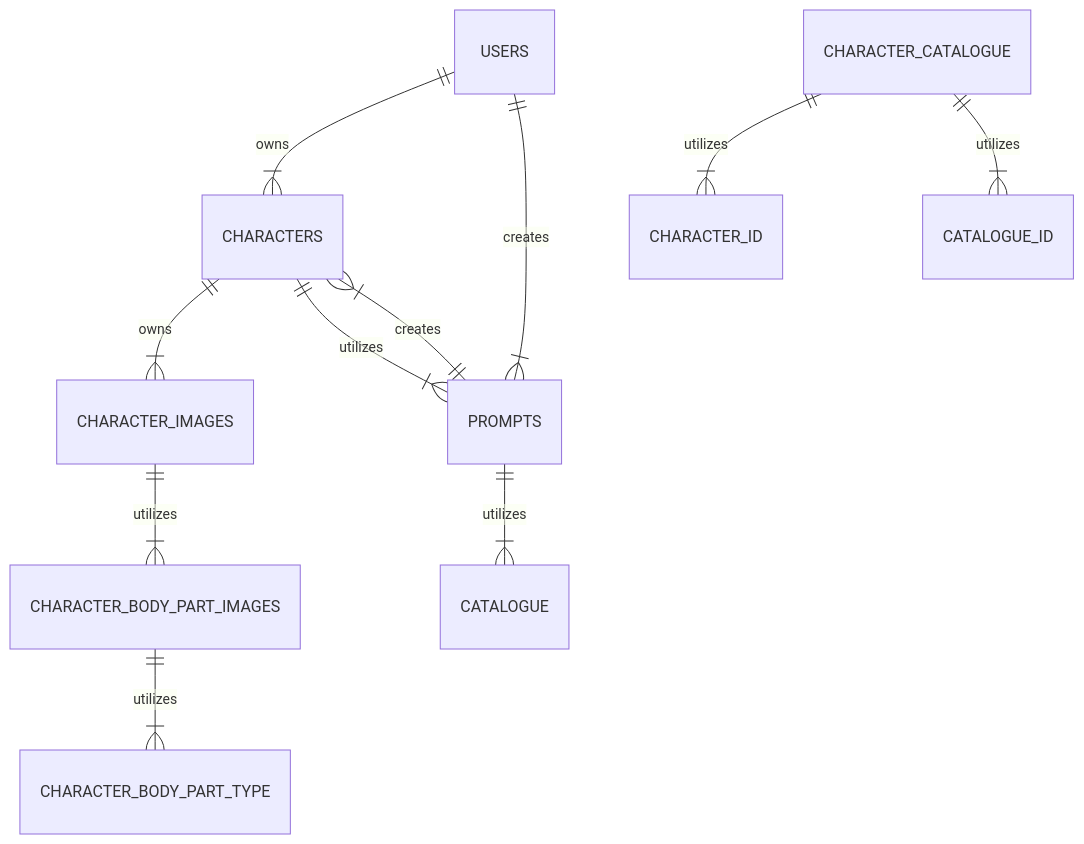
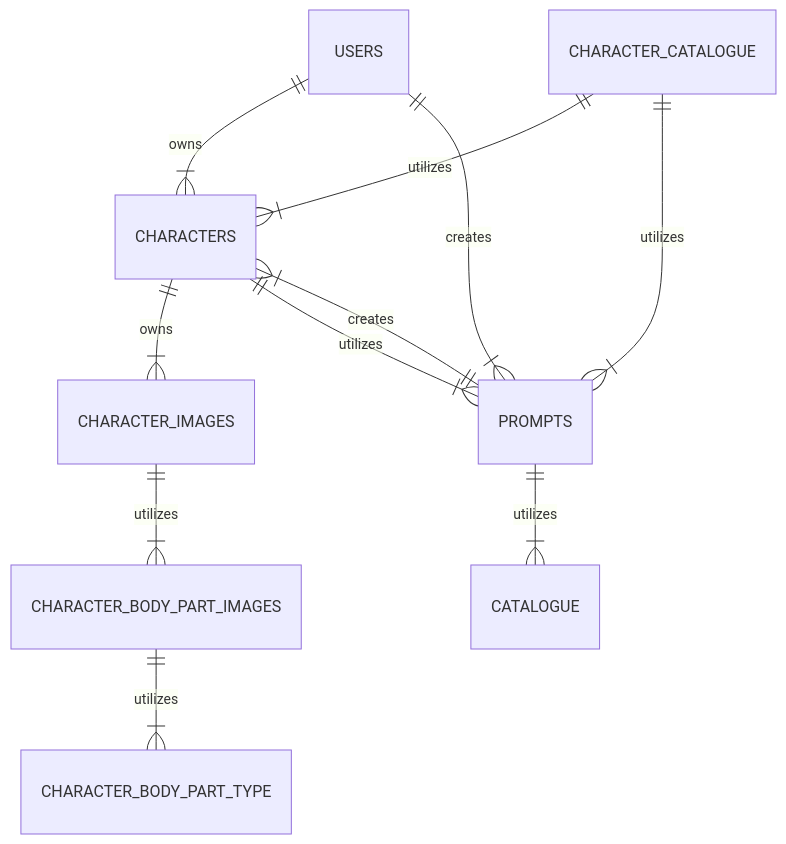
The first of 2 diagrams in README.md (Wren00/create-an-orc), drawn with Mermaid before and after one commit. The commit also changed other lines of this file, not shown here.

````diff
--- a/README.md
+++ b/README.md
@@ -49,13 +49,13 @@
 ```mermaid
 erDiagram
 USERS ||--|{ CHARACTERS : owns
 USERS ||--|{ PROMPTS : creates
 CHARACTERS ||--|{ CHARACTER_IMAGES : owns
 CHARACTERS ||--|{ PROMPTS : utilizes
 CHARACTER_IMAGES ||--|{ CHARACTER_BODY_PART_IMAGES : utilizes
 CHARACTER_BODY_PART_IMAGES ||--|{ CHARACTER_BODY_PART_TYPE : utilizes
-CHARACTER_CATALOGUE ||--|{ CHARACTER_ID : utilizes
-CHARACTER_CATALOGUE ||--|{ CATALOGUE_ID : utilizes
+CHARACTER_CATALOGUE ||--|{ CHARACTERS : utilizes
+CHARACTER_CATALOGUE ||--|{ PROMPTS : utilizes
 PROMPTS ||--|{ CATALOGUE : utilizes
 PROMPTS ||--|{ CHARACTERS : creates
 ```
````
